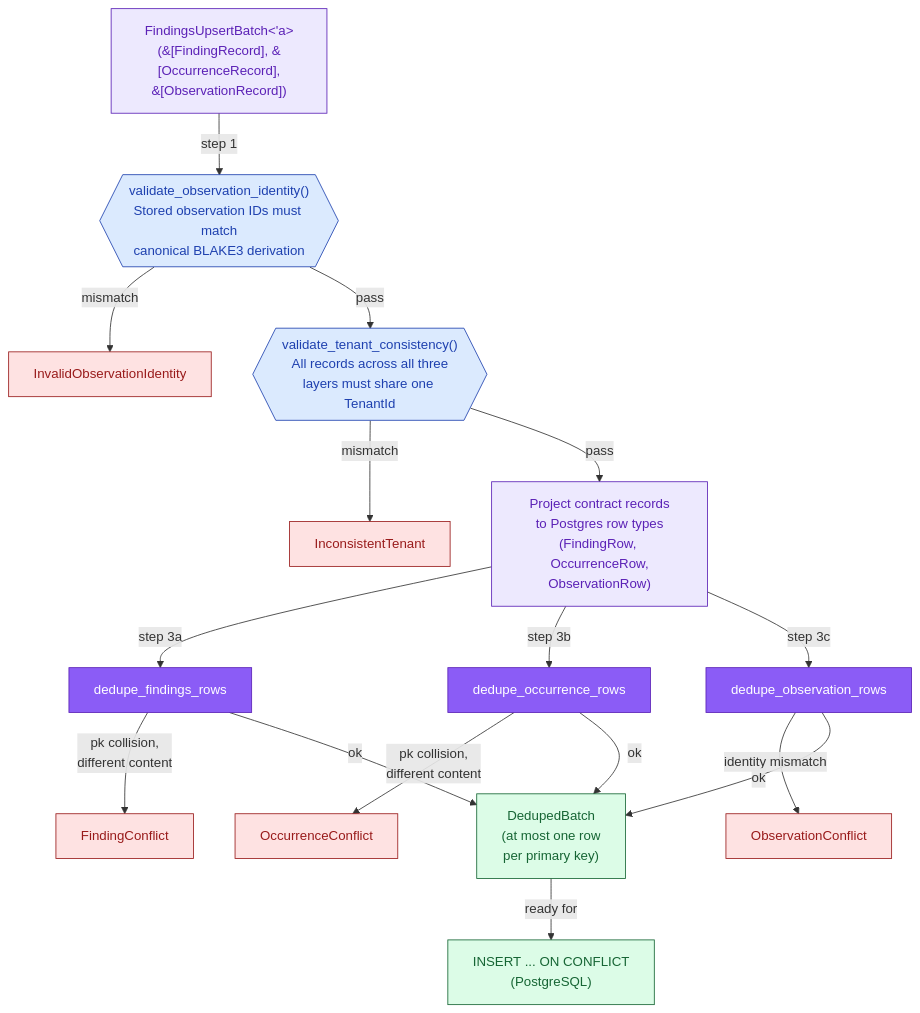
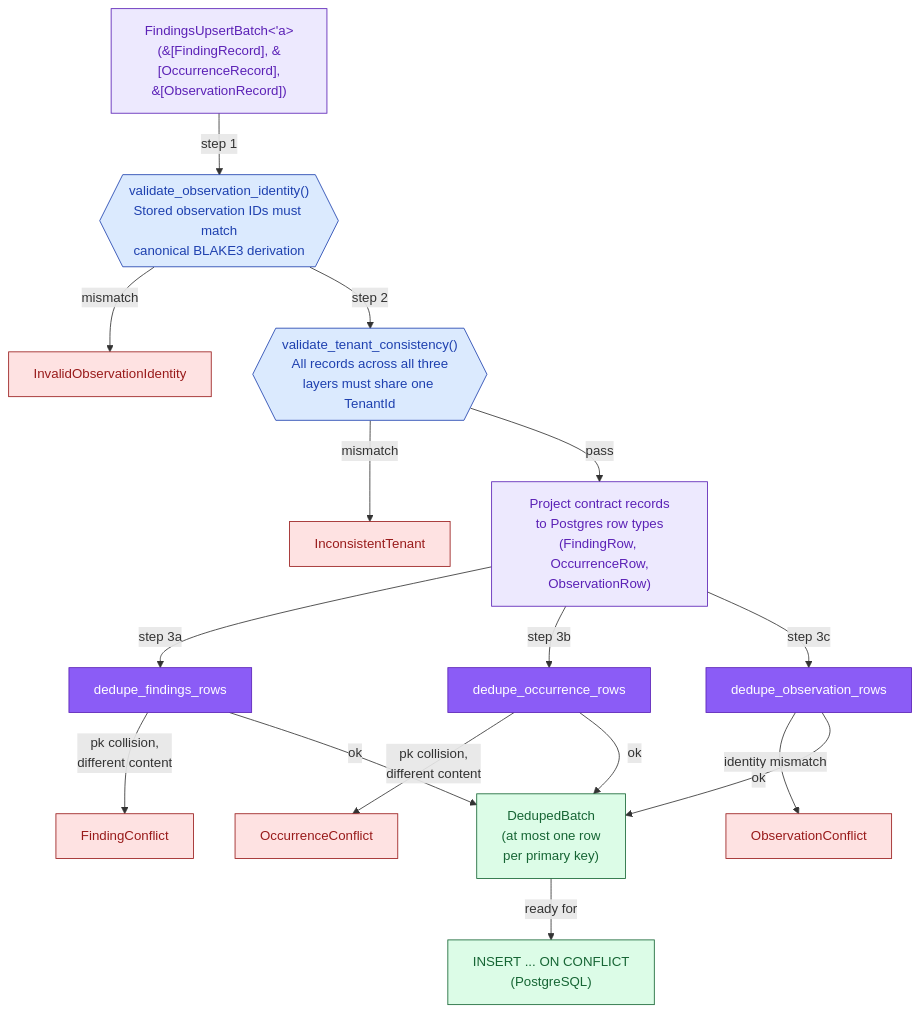
The first of 4 diagrams in diagrams/21-findings-postgres-dedup.md (ahrav/Gossip-rs), drawn with Mermaid before and after one commit. The commit also changed other lines of this file and 1 other file, not shown here.

First line of the commit message:
Update diagram cross-references and flowchart labels

````diff
--- a/diagrams/21-findings-postgres-dedup.md
+++ b/diagrams/21-findings-postgres-dedup.md
@@ -43,46 +43,46 @@
 ```mermaid
 %% Diagram: project-and-dedupe-pipeline
 flowchart TB
     input["FindingsUpsertBatch&lt;'a&gt;<br/>(&amp;[FindingRecord], &amp;[OccurrenceRecord],<br/>&amp;[ObservationRecord])"]
 
     input -->|"step 1"| validate-obs
     validate-obs{{"validate_observation_identity()<br/>Stored observation IDs must match<br/>canonical BLAKE3 derivation"}}
     validate-obs -->|"mismatch"| err-obs["InvalidObservationIdentity"]
-    validate-obs -->|"pass"| validate-tenant
+    validate-obs -->|"step 2"| validate-tenant
 
     validate-tenant{{"validate_tenant_consistency()<br/>All records across all three<br/>layers must share one TenantId"}}
     validate-tenant -->|"mismatch"| err-tenant["InconsistentTenant"]
     validate-tenant -->|"pass"| project
 
     project["Project contract records<br/>to Postgres row types<br/>(FindingRow, OccurrenceRow,<br/>ObservationRow)"]
 
     project -->|"step 3a"| dedupe-f["dedupe_findings_rows"]
     project -->|"step 3b"| dedupe-o["dedupe_occurrence_rows"]
     project -->|"step 3c"| dedupe-obs["dedupe_observation_rows"]
 
     dedupe-f -->|"pk collision,<br/>different content"| err-fc["FindingConflict"]
     dedupe-o -->|"pk collision,<br/>different content"| err-oc["OccurrenceConflict"]
     dedupe-obs -->|"identity mismatch"| err-obsc["ObservationConflict"]
 
     dedupe-f -->|"ok"| result
     dedupe-o -->|"ok"| result
     dedupe-obs -->|"ok"| result
 
     result["DedupedBatch<br/>(at most one row<br/>per primary key)"]
     result -->|"ready for"| sql["INSERT ... ON CONFLICT<br/>(PostgreSQL)"]
 
     style input fill:#EDE9FE,stroke:#5B21B6,color:#5B21B6
     style validate-obs fill:#DBEAFE,stroke:#1E40AF,color:#1E40AF
     style validate-tenant fill:#DBEAFE,stroke:#1E40AF,color:#1E40AF
     style project fill:#EDE9FE,stroke:#5B21B6,color:#5B21B6
     style dedupe-f fill:#8B5CF6,stroke:#5B21B6,color:#FFF
     style dedupe-o fill:#8B5CF6,stroke:#5B21B6,color:#FFF
     style dedupe-obs fill:#8B5CF6,stroke:#5B21B6,color:#FFF
     style result fill:#DCFCE7,stroke:#166534,color:#166534
     style sql fill:#DCFCE7,stroke:#166534,color:#166534
     style err-obs fill:#FEE2E2,stroke:#991B1B,color:#991B1B
     style err-tenant fill:#FEE2E2,stroke:#991B1B,color:#991B1B
     style err-fc fill:#FEE2E2,stroke:#991B1B,color:#991B1B
     style err-oc fill:#FEE2E2,stroke:#991B1B,color:#991B1B
     style err-obsc fill:#FEE2E2,stroke:#991B1B,color:#991B1B
 ```
````
